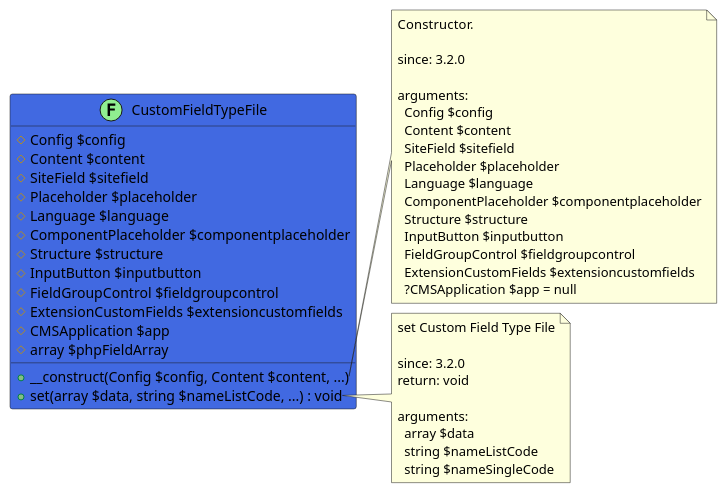
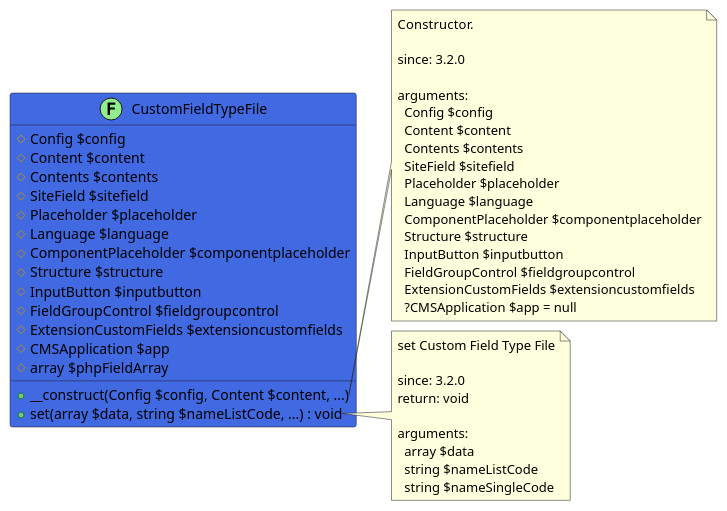
The diagram in src/6dced3d9-7d10-4ea1-bcf6-a5e6af4b9c96/README.md (joomengine/jcb-compiler), drawn with PlantUML before and after one commit. The commit also changed 272 other files, not shown here.

````diff
--- a/src/6dced3d9-7d10-4ea1-bcf6-a5e6af4b9c96/README.md
+++ b/src/6dced3d9-7d10-4ea1-bcf6-a5e6af4b9c96/README.md
@@ -11,52 +11,54 @@
 ```uml
 @startuml
 class CustomFieldTypeFile << (F,LightGreen) >> #RoyalBlue {
   # Config $config
   # Content $content
+  # Contents $contents
   # SiteField $sitefield
   # Placeholder $placeholder
   # Language $language
   # ComponentPlaceholder $componentplaceholder
   # Structure $structure
   # InputButton $inputbutton
   # FieldGroupControl $fieldgroupcontrol
   # ExtensionCustomFields $extensioncustomfields
   # CMSApplication $app
   # array $phpFieldArray
   + __construct(Config $config, Content $content, ...)
   + set(array $data, string $nameListCode, ...) : void
 }
 
 note right of CustomFieldTypeFile::__construct
   Constructor.
 
   since: 3.2.0
   
   arguments:
     Config $config
     Content $content
+    Contents $contents
     SiteField $sitefield
     Placeholder $placeholder
     Language $language
     ComponentPlaceholder $componentplaceholder
     Structure $structure
     InputButton $inputbutton
     FieldGroupControl $fieldgroupcontrol
     ExtensionCustomFields $extensioncustomfields
     ?CMSApplication $app = null
 end note
 
 note right of CustomFieldTypeFile::set
   set Custom Field Type File
 
   since: 3.2.0
   return: void
   
   arguments:
     array $data
     string $nameListCode
     string $nameSingleCode
 end note
  
 @enduml
 ```
````
